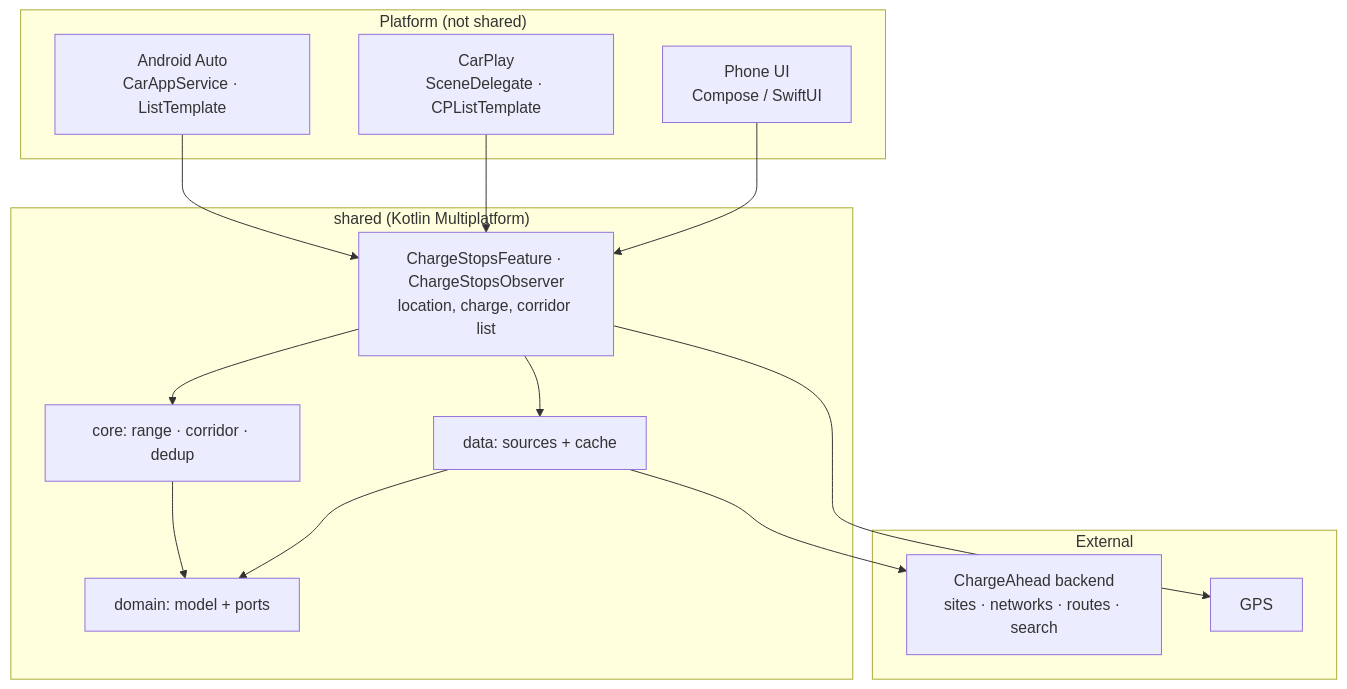
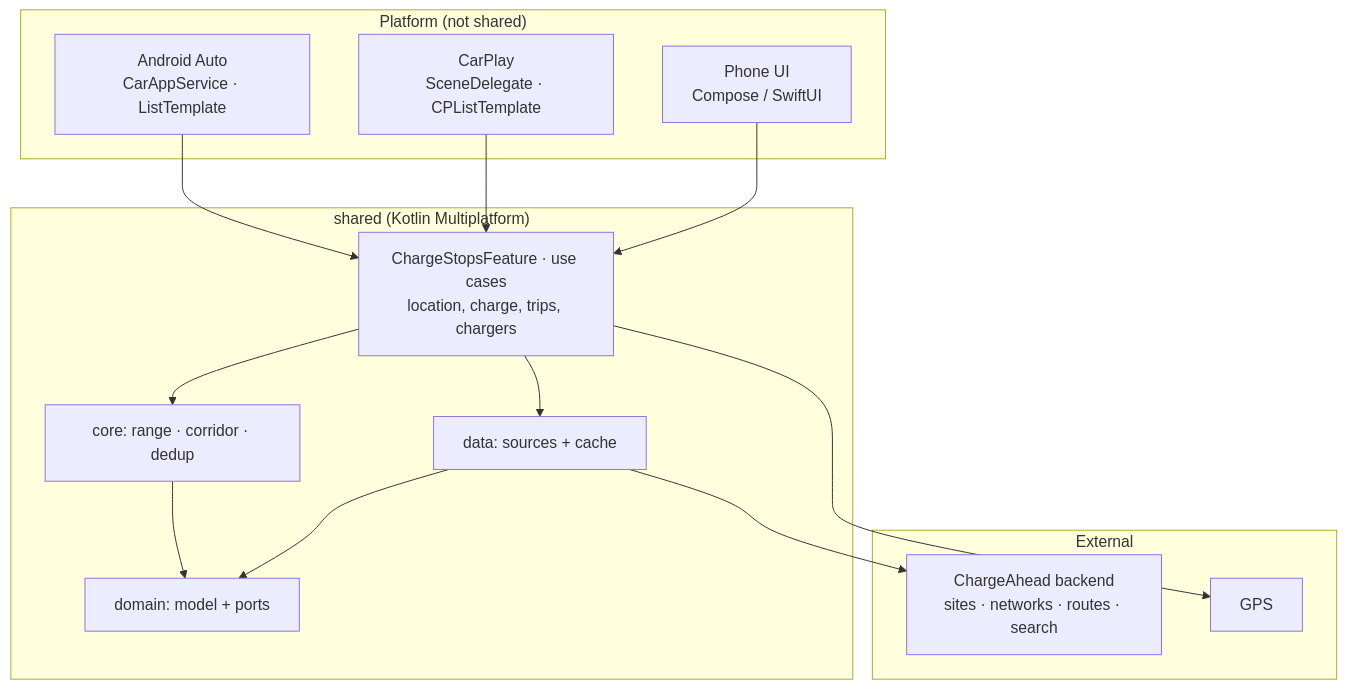
Before and after one commit to kalinjul/ChargeAhead: the diagram in ARCHITECTURE.md, drawn with Mermaid. The commit also changed other lines of this file and 1 other file, not shown here.

First line of the commit message:
Record the corridor decision in the docs (#148) (#154)

````diff
--- a/ARCHITECTURE.md
+++ b/ARCHITECTURE.md
@@ -191,27 +191,27 @@
 ```mermaid
 flowchart TD
     subgraph plat["Platform (not shared)"]
         AA["Android Auto<br/>CarAppService · ListTemplate"]
         CP["CarPlay<br/>SceneDelegate · CPListTemplate"]
         PH["Phone UI<br/>Compose / SwiftUI"]
     end
     subgraph shared["shared (Kotlin Multiplatform)"]
-        VM["ChargeStopsFeature · ChargeStopsObserver<br/>location, charge, corridor list"]
+        VM["ChargeStopsFeature · use cases<br/>location, charge, trips, chargers"]
         CORE["core: range · corridor · dedup"]
         DOM["domain: model + ports"]
         DATA["data: sources + cache"]
     end
     subgraph ext["External"]
         BE["ChargeAhead backend<br/>sites · networks · routes · search"]
         LOC["GPS"]
     end
     AA --> VM
     CP --> VM
     PH --> VM
     VM --> CORE
     CORE --> DOM
     DATA --> DOM
     VM --> DATA
     DATA --> BE
     VM --> LOC
 ```
````
